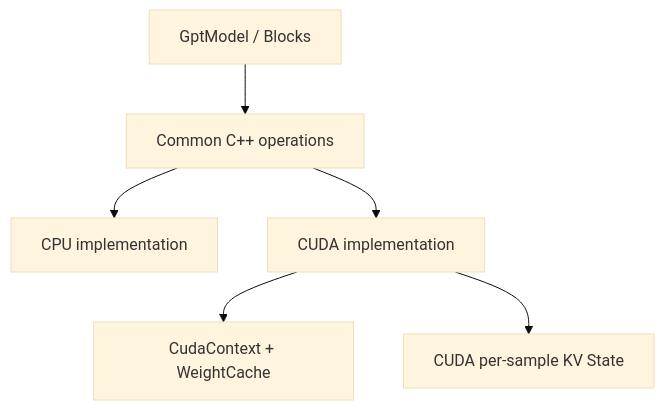
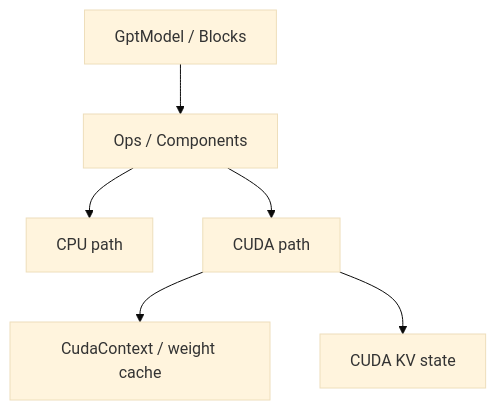
Diagram 12 of 12 in my/docs/easy_llm_guide.zh-CN.md (eagle-dai/easy_llm.cpp), drawn with Mermaid (base theme) before and after one commit. The commit also changed other lines of this file, not shown here.

````diff
--- a/my/docs/easy_llm_guide.zh-CN.md
+++ b/my/docs/easy_llm_guide.zh-CN.md
@@ -1483,15 +1902,15 @@
 ```mermaid
 flowchart TB
     M[GptModel / Blocks]
-    O[Common C++ operations]
-    C[CPU implementation]
-    G[CUDA implementation]
-    R[CudaContext + WeightCache]
-    K[CUDA per-sample KV State]
+    O[Ops / Components]
+    C[CPU path]
+    U[CUDA path]
+    R[CudaContext / weight cache]
+    K[CUDA KV state]
 
     M --> O
     O --> C
-    O --> G
-    G --> R
-    G --> K
+    O --> U
+    U --> R
+    U --> K
 ```
````
